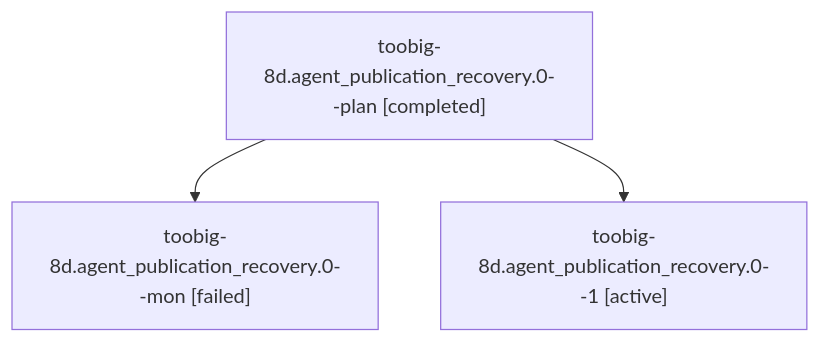
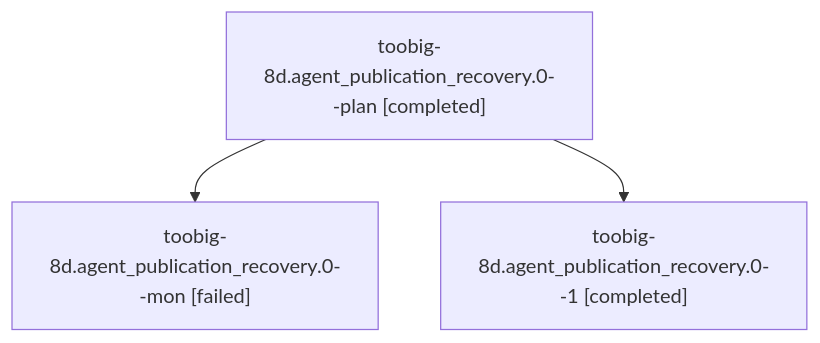
The diagram in sessions/bbugyi200.athena.toobig-8d.agent_publication_recovery.0.md (sase-org/sase--agents), drawn with Mermaid before and after one commit. The commit also changed other lines of this file and 25 other files, not shown here.

````diff
--- a/sessions/bbugyi200.athena.toobig-8d.agent_publication_recovery.0.md
+++ b/sessions/bbugyi200.athena.toobig-8d.agent_publication_recovery.0.md
@@ -9,8 +9,8 @@
 ```mermaid
 flowchart TD
   n0["toobig-8d.agent_publication_recovery.0--plan [completed]"]
   n1["toobig-8d.agent_publication_recovery.0--mon [failed]"]
   n0 --> n1
-  n2["toobig-8d.agent_publication_recovery.0--1 [active]"]
+  n2["toobig-8d.agent_publication_recovery.0--1 [completed]"]
   n0 --> n2
 ```
````
